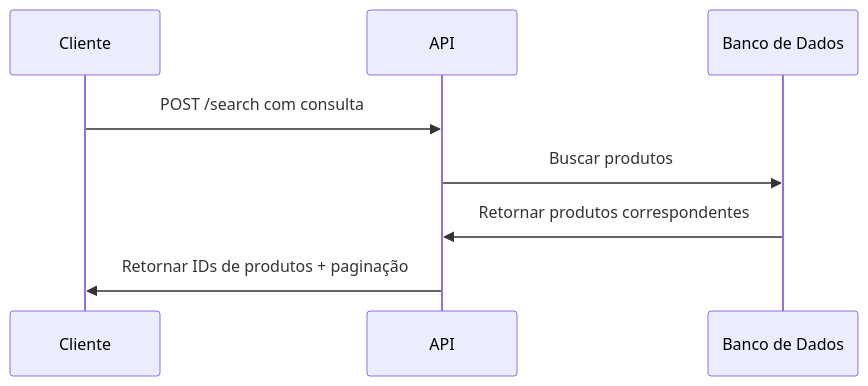
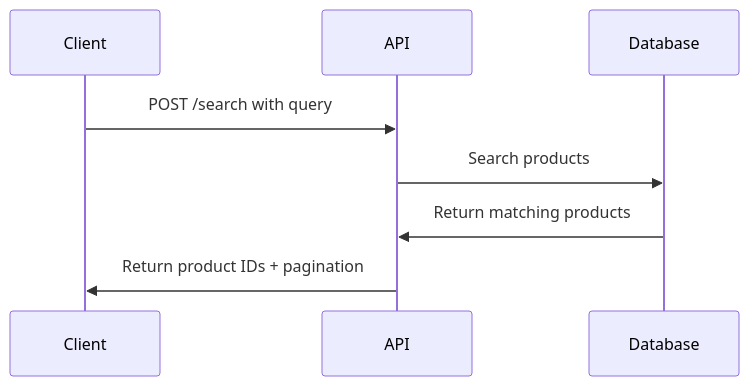
One commit to fashion-ai-dev/docs changed the diagram in i18n/pt/docusaurus-plugin-content-docs/current/search/overview.md. Above: the diagram before and after it, drawn with Mermaid. The commit also changed other lines of this file and 21 other files, not shown here.

````diff
--- a/i18n/pt/docusaurus-plugin-content-docs/current/search/overview.md
+++ b/i18n/pt/docusaurus-plugin-content-docs/current/search/overview.md
@@ -32,7 +32,7 @@
 ```mermaid
 sequenceDiagram
-    Cliente->>API: POST /search com consulta
-    API->>Banco de Dados: Buscar produtos
-    Banco de Dados->>API: Retornar produtos correspondentes
-    API->>Cliente: Retornar IDs de produtos + paginação
+    Client->>API: POST /search with query
+    API->>Database: Search products
+    Database->>API: Return matching products
+    API->>Client: Return product IDs + pagination
 ```
````
